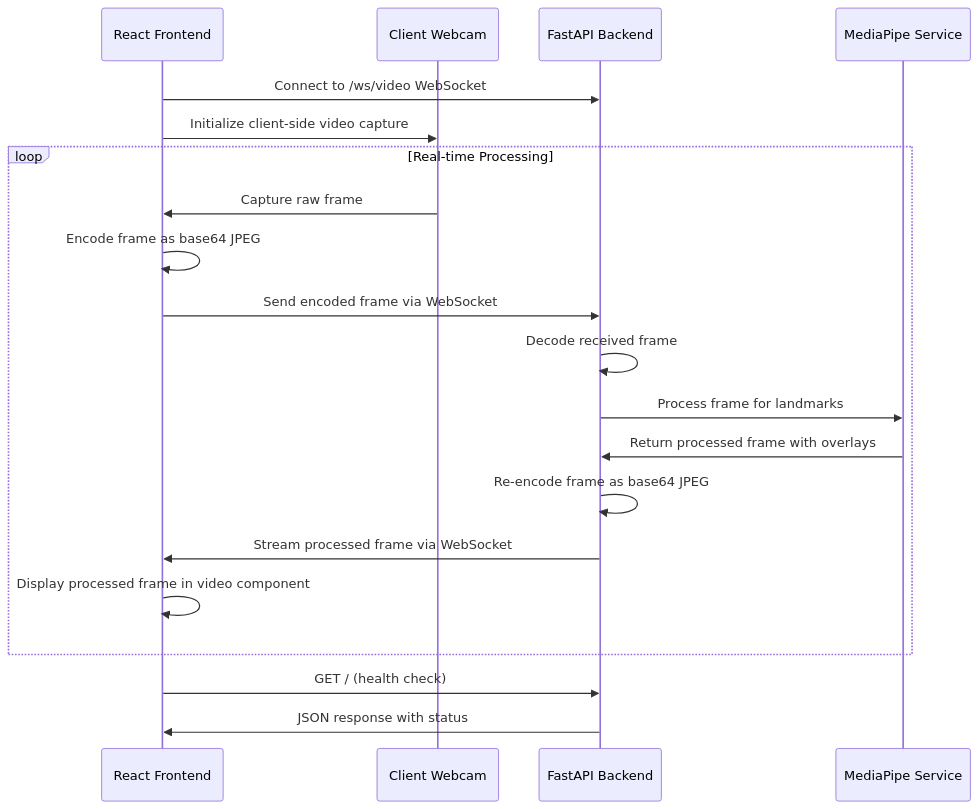
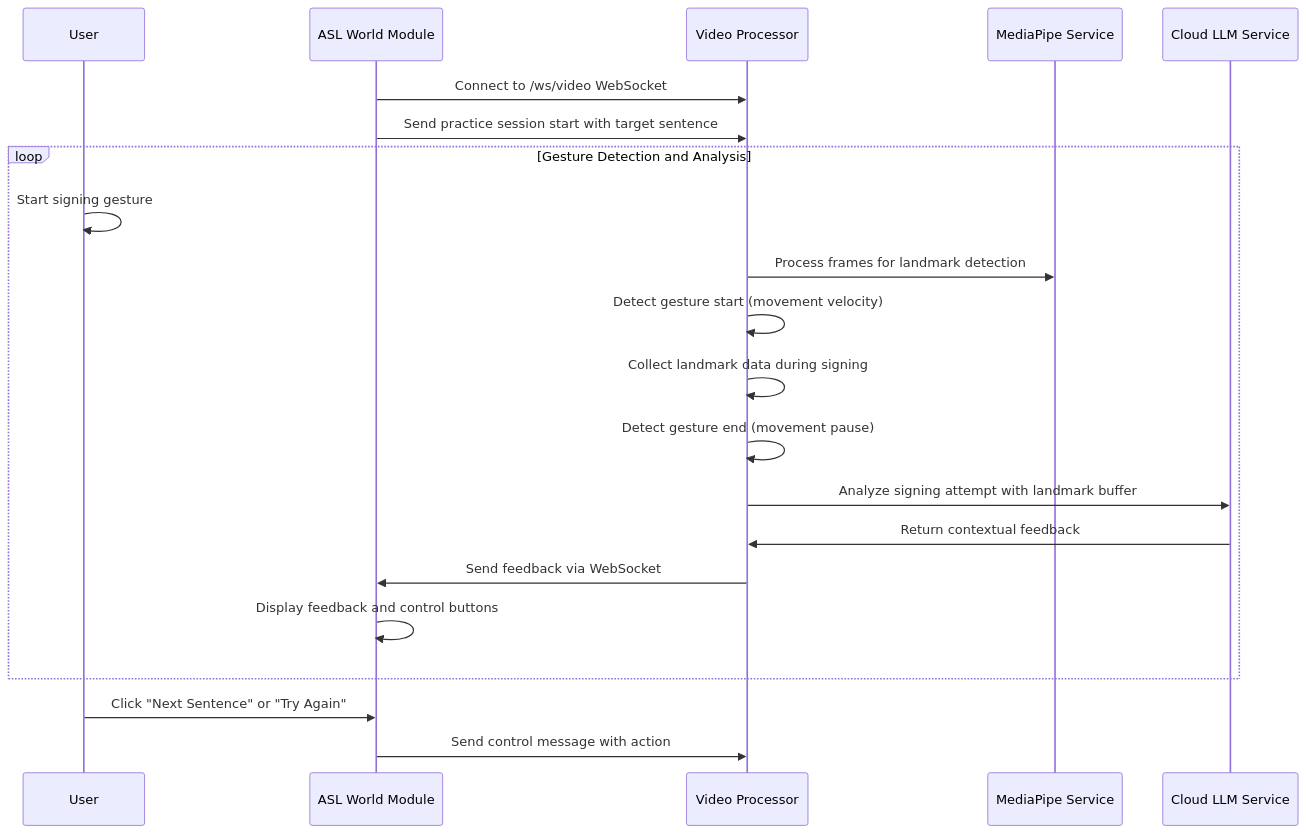
Before and after one commit to prats-2311/story_sign: the third of 3 diagrams in .kiro/specs/storysign-asl-platform/design.md, drawn with Mermaid. The commit also changed other lines of this file and 8 other files, not shown here.

````diff
--- a/.kiro/specs/storysign-asl-platform/design.md
+++ b/.kiro/specs/storysign-asl-platform/design.md
@@ -45,25 +83,26 @@
 ```mermaid
 sequenceDiagram
-    participant Frontend as React Frontend
-    participant Webcam as Client Webcam
-    participant Backend as FastAPI Backend
+    participant User as User
+    participant Frontend as ASL World Module
+    participant Backend as Video Processor
     participant MediaPipe as MediaPipe Service
+    participant CloudLLM as Cloud LLM Service
 
     Frontend->>Backend: Connect to /ws/video WebSocket
-    Frontend->>Webcam: Initialize client-side video capture
+    Frontend->>Backend: Send practice session start with target sentence
 
-    loop Real-time Processing
-        Webcam->>Frontend: Capture raw frame
-        Frontend->>Frontend: Encode frame as base64 JPEG
-        Frontend->>Backend: Send encoded frame via WebSocket
-        Backend->>Backend: Decode received frame
-        Backend->>MediaPipe: Process frame for landmarks
-        MediaPipe->>Backend: Return processed frame with overlays
-        Backend->>Backend: Re-encode frame as base64 JPEG
-        Backend->>Frontend: Stream processed frame via WebSocket
-        Frontend->>Frontend: Display processed frame in video component
+    loop Gesture Detection and Analysis
+        User->>User: Start signing gesture
+        Backend->>MediaPipe: Process frames for landmark detection
+        Backend->>Backend: Detect gesture start (movement velocity)
+        Backend->>Backend: Collect landmark data during signing
+        Backend->>Backend: Detect gesture end (movement pause)
+        Backend->>CloudLLM: Analyze signing attempt with landmark buffer
+        CloudLLM->>Backend: Return contextual feedback
+        Backend->>Frontend: Send feedback via WebSocket
+        Frontend->>Frontend: Display feedback and control buttons
     end
 
-    Frontend->>Backend: GET / (health check)
-    Backend->>Frontend: JSON response with status
+    User->>Frontend: Click "Next Sentence" or "Try Again"
+    Frontend->>Backend: Send control message with action
 ```
````
